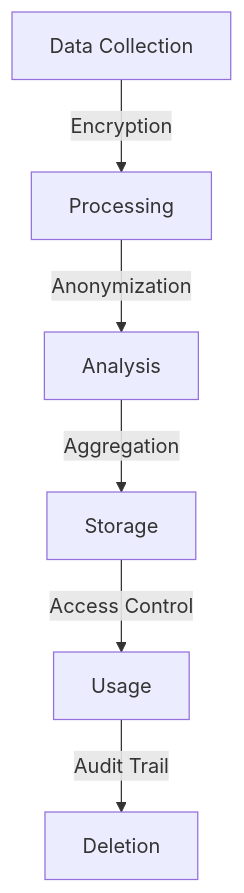
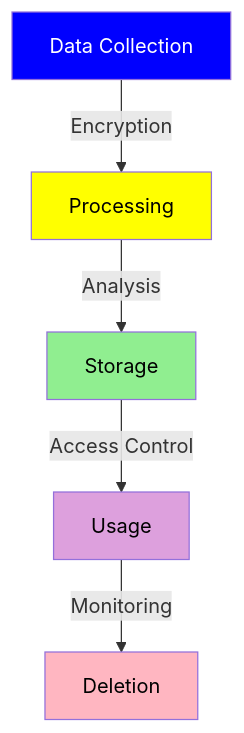
One commit to MEMEFANS/memefans changed the first of 2 diagrams in docs/whitepaper/privacy-security.md. Above: the diagram before and after it, drawn with Mermaid. The commit also changed other lines of this file and 15 other files, not shown here.

Commit message:
docs: update Mermaid diagram formats to use HTML div format for better rendering

````diff
--- a/docs/whitepaper/privacy-security.md
+++ b/docs/whitepaper/privacy-security.md
@@ -19,8 +19,13 @@
-```mermaid
+<div class="mermaid">
 graph TD
     A[Data Collection] -->|Encryption| B[Processing]
-    B -->|Anonymization| C[Analysis]
-    C -->|Aggregation| D[Storage]
-    D -->|Access Control| E[Usage]
-    E -->|Audit Trail| F[Deletion]
-```
+    B -->|Analysis| C[Storage]
+    C -->|Access Control| D[Usage]
+    D -->|Monitoring| E[Deletion]
+    
+    style A fill:#0000FF,color:#FFFFFF
+    style B fill:#FFFF00,color:#000000
+    style C fill:#90EE90,color:#000000
+    style D fill:#DDA0DD,color:#000000
+    style E fill:#FFB6C1,color:#000000
+</div>
````
